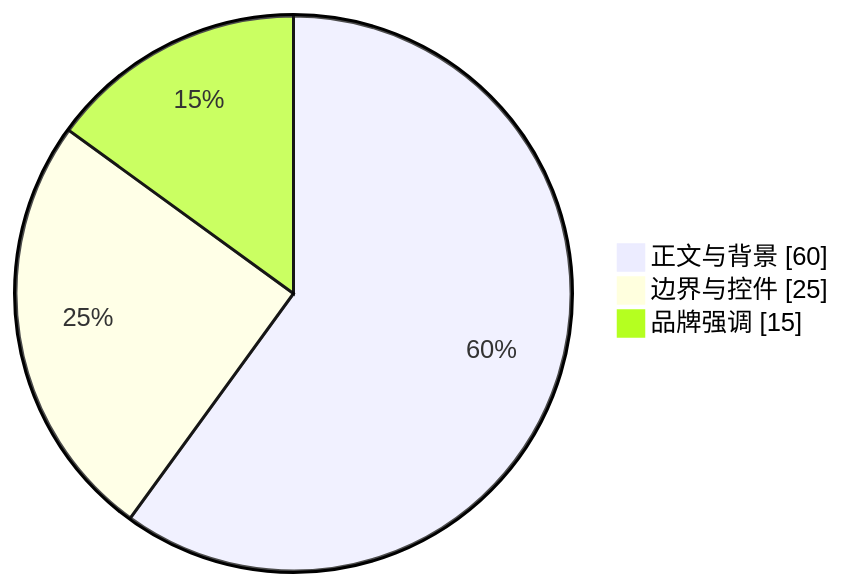
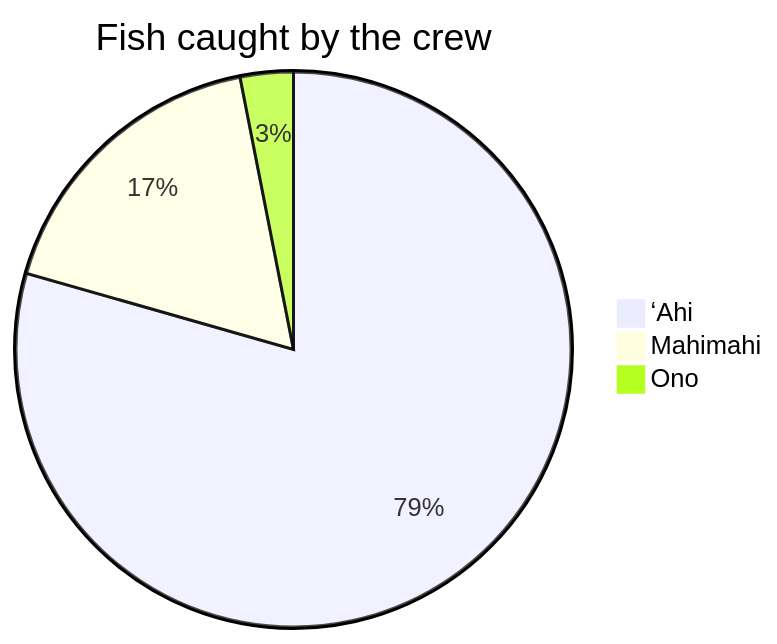
The seventh of 32 diagrams in site/projects/cinderfolio/pele/index.mdx (sj-shijin/hp-rspress), drawn with Mermaid before and after one commit. The commit also changed other lines of this file, not shown here.

First line of the commit message:
docs(cinderfolio): 补齐 Pele 官方图表示例与显示职责

````diff
--- a/site/projects/cinderfolio/pele/index.mdx
+++ b/site/projects/cinderfolio/pele/index.mdx
@@ -100,6 +177,6 @@
 ```mermaid
-pie showData
-  "正文与背景" : 60
-  "边界与控件" : 25
-  "品牌强调" : 15
+pie title Fish caught by the crew
+    "ʻAhi" : 386
+    "Mahimahi" : 85
+    "Ono" : 15
 ```
````
